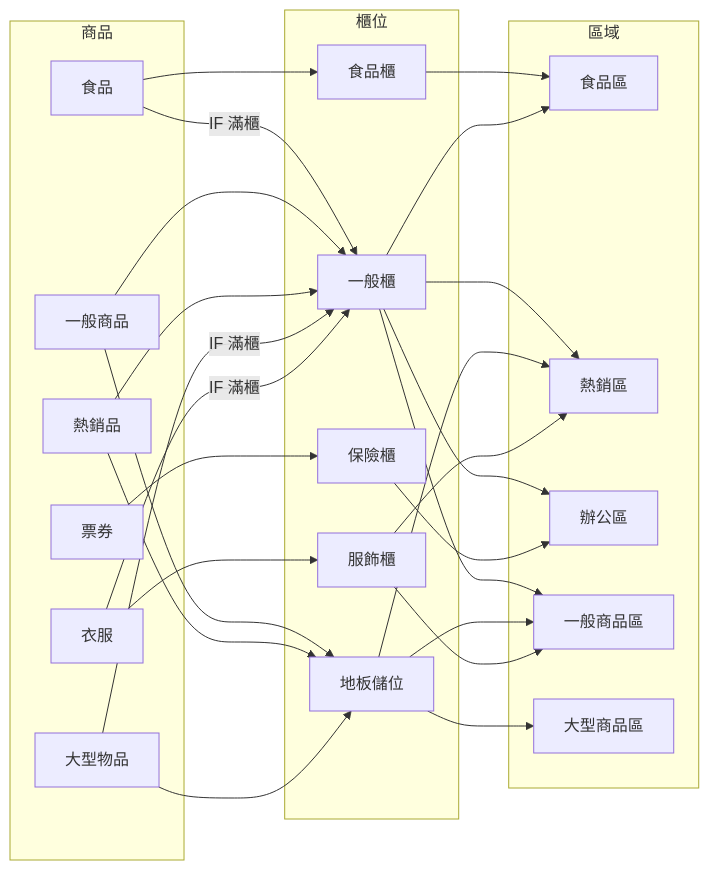
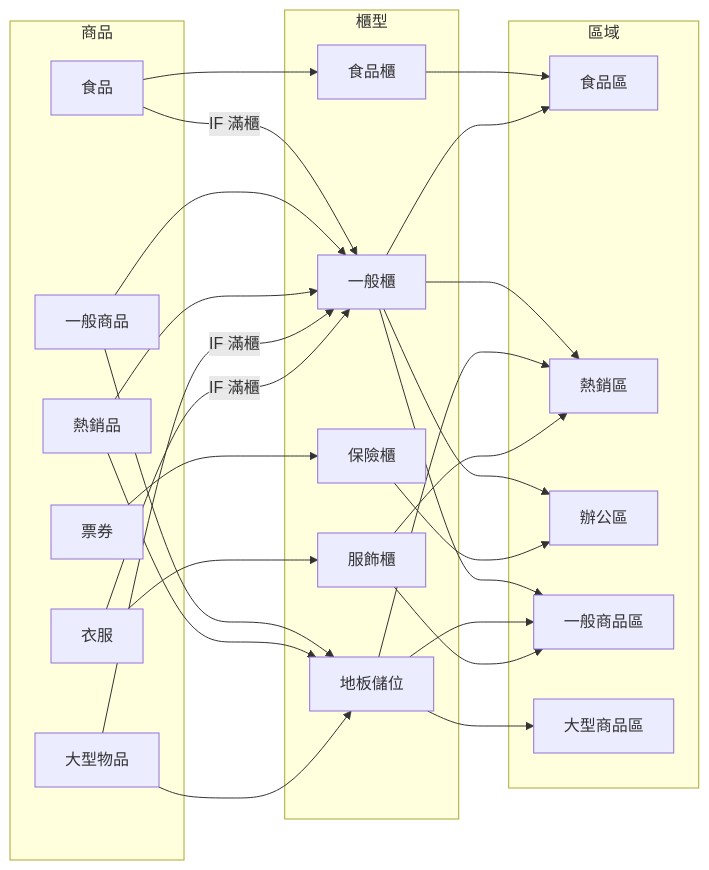
The second of 2 diagrams in content/posts/2026-02-20-self-describing-modules.md (qadk/qadk.github.io), drawn with Mermaid before and after one commit. The commit also changed other lines of this file, not shown here.

````diff
--- a/content/posts/2026-02-20-self-describing-modules.md
+++ b/content/posts/2026-02-20-self-describing-modules.md
@@ -59,51 +59,51 @@
 ```mermaid
 graph LR
     subgraph 商品
         P1[食品]
         P4[一般商品]
         P5[熱銷品]
         P7[大型物品]
         P9[票券]
         P10[衣服]
     end
 
-    subgraph 櫃位
+    subgraph 櫃型
         S1[食品櫃]
         S2[一般櫃]
         S3[保險櫃]
         S4[地板儲位]
         S5[服飾櫃]
     end
 
     subgraph 區域
         Z1[食品區]
         Z2[熱銷區]
         Z3[辦公區]
         Z4[一般商品區]
         Z5[大型商品區]
     end
 
     P1 --> S1
     P1 -->|IF 滿櫃| S2
     P4 --> S2
     P4 --> S4
     P5 --> S2
     P5 --> S4
     P7 --> S4
     P7 -->|IF 滿櫃| S2
     P9 --> S3
     P10 --> S5
     P10 -->|IF 滿櫃| S2
 
     S1 --> Z1
     S2 --> Z1
     S2 --> Z2
     S2 --> Z3
     S2 --> Z4
     S3 --> Z3
     S4 --> Z2
     S4 --> Z4
     S4 --> Z5
     S5 --> Z4
     S5 --> Z2
 ```
````
